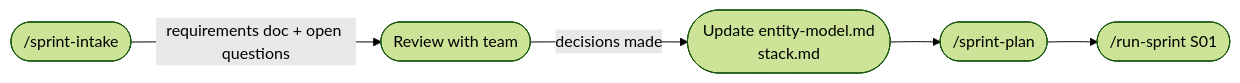
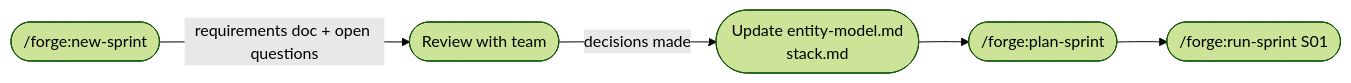
Before and after one commit to Entelligentsia/forge: the second of 2 diagrams in docs/new-project.md, drawn with Mermaid (forest theme). The commit also changed other lines of this file and 40 other files, not shown here.

````diff
--- a/docs/new-project.md
+++ b/docs/new-project.md
@@ -119,7 +119,7 @@
 ```mermaid
 flowchart LR
-    A([/sprint-intake]) -->|requirements doc + open questions| B([Review with team])
+    A([/forge:new-sprint]) -->|requirements doc + open questions| B([Review with team])
     B -->|decisions made| C([Update entity-model.md\nstack.md])
-    C --> D([/sprint-plan])
-    D --> E([/run-sprint S01])
+    C --> D([/forge:plan-sprint])
+    D --> E([/forge:run-sprint S01])
 ```
````
